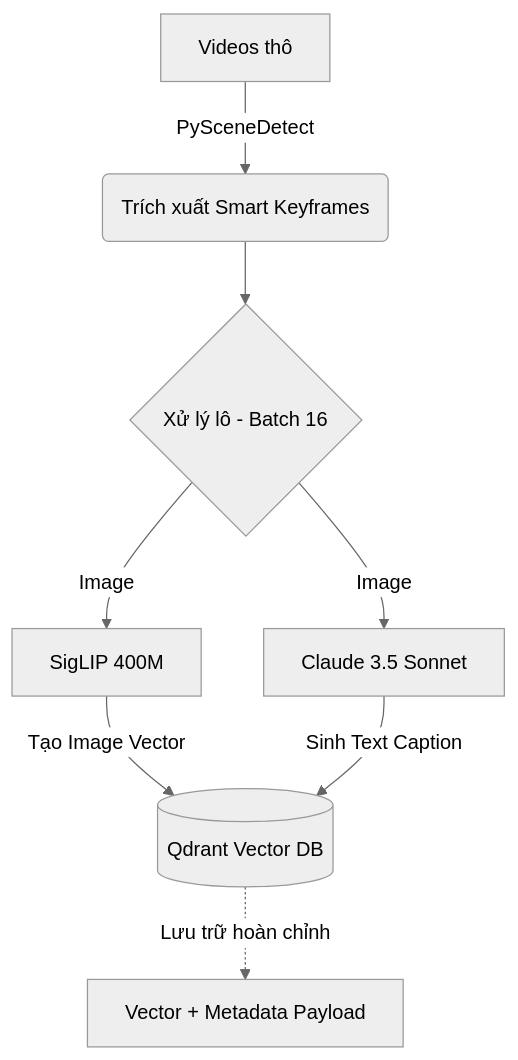
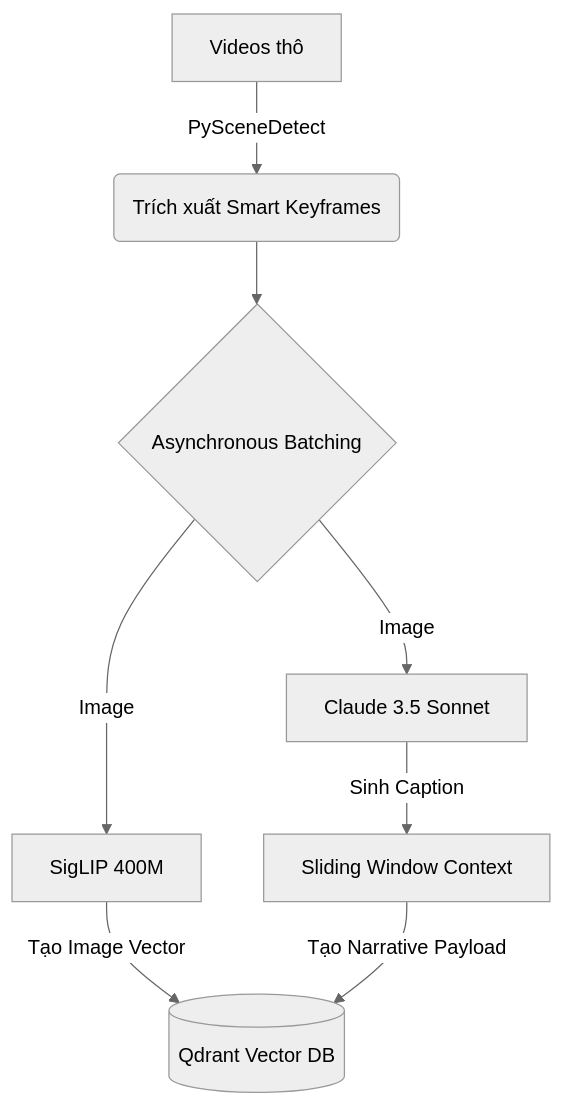
The first of 2 diagrams in README_vi.md (DuyDayy/multimodalRAG_claudecore), drawn with Mermaid (neutral theme) before and after one commit. The commit also changed other lines of this file and 5 other files, not shown here.

Commit message:
feat(core): implement Asynchronous Batching, Sliding Window, and Self-Correction Evaluator

````diff
--- a/README_vi.md
+++ b/README_vi.md
@@ -80,10 +77,10 @@
 ```mermaid
 graph TD
     A[Videos thô] -->|PySceneDetect| B(Trích xuất Smart Keyframes)
-    B --> C{Xử lý lô - Batch 16}
+    B --> C{Asynchronous Batching}
     C -->|Image| D[SigLIP 400M]
     C -->|Image| E[Claude 3.5 Sonnet]
     D -->|Tạo Image Vector| F[(Qdrant Vector DB)]
-    E -->|Sinh Text Caption| F
-    F -.->|Lưu trữ hoàn chỉnh| G[Vector + Metadata Payload]
+    E -->|Sinh Caption| G[Sliding Window Context]
+    G -->|Tạo Narrative Payload| F
 ```
````
